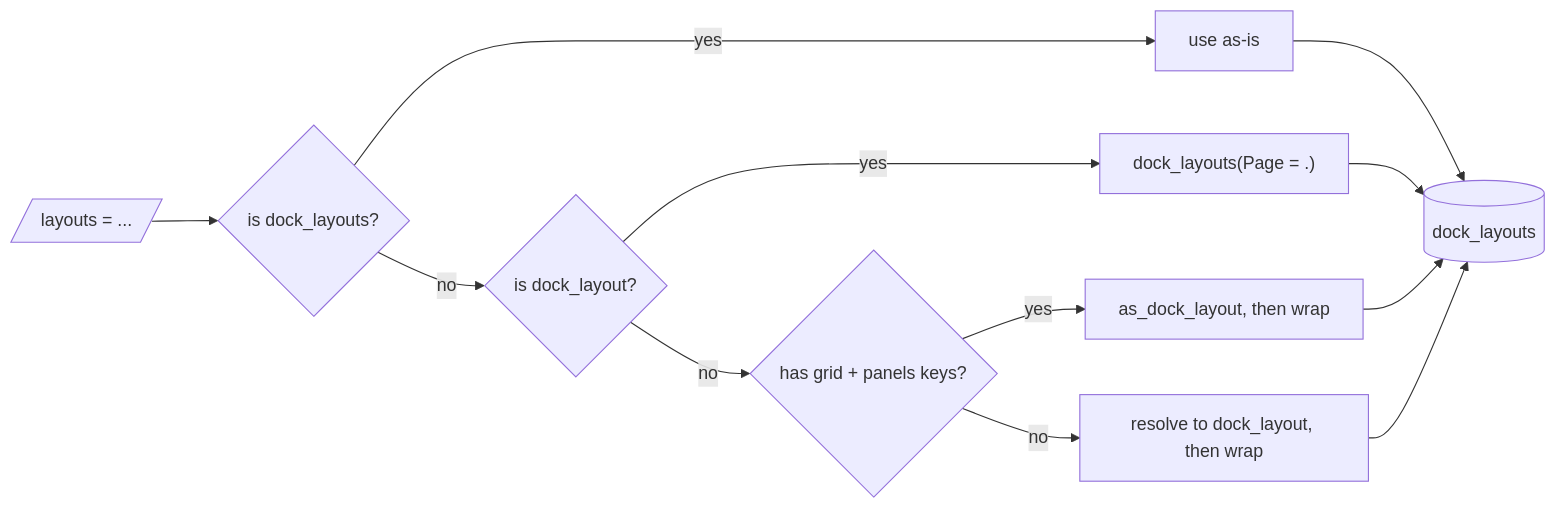
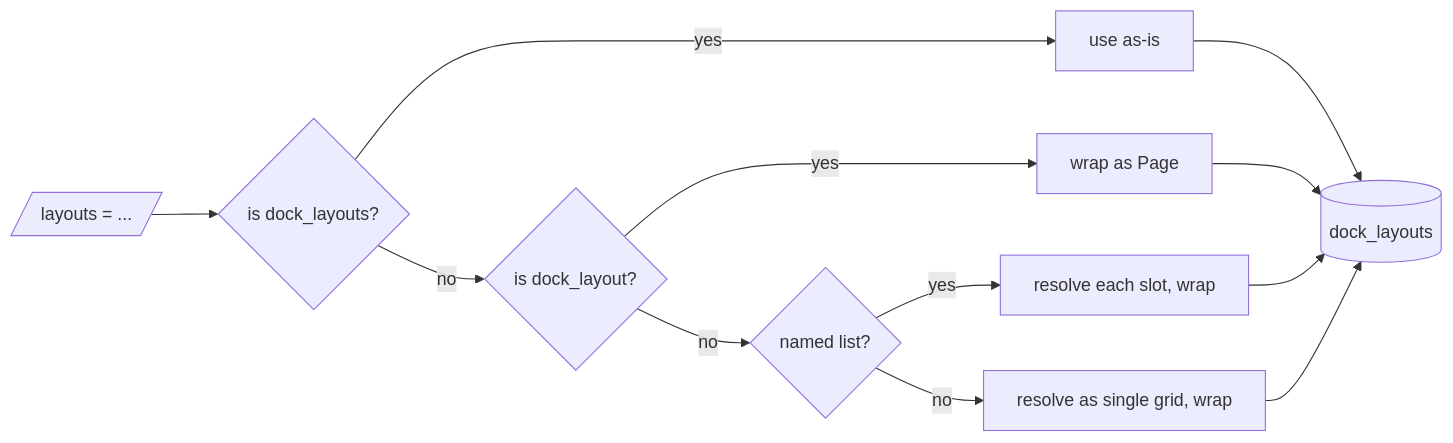
Before and after one commit to BristolMyersSquibb/blockr.dock: the diagram in vignettes/mermaid/coercion-flow.mmd, drawn with Mermaid. The commit also changed 16 other files, not shown here.

```diff
--- a/vignettes/mermaid/coercion-flow.mmd
+++ b/vignettes/mermaid/coercion-flow.mmd
@@ -1,12 +1,12 @@
 flowchart LR
   in[/"layouts = ..."/] --> q1{"is dock_layouts?"}
   q1 -- yes --> u1["use as-is"]
   q1 -- no --> q2{"is dock_layout?"}
-  q2 -- yes --> u2["dock_layouts(Page = .)"]
-  q2 -- no --> q3{"has grid + panels keys?"}
-  q3 -- yes --> u3["as_dock_layout, then wrap"]
-  q3 -- no --> u4["resolve to dock_layout, then wrap"]
+  q2 -- yes --> u2["wrap as Page"]
+  q2 -- no --> q3{"named list?"}
+  q3 -- yes --> u3["resolve each slot, wrap"]
+  q3 -- no --> u4["resolve as single grid, wrap"]
   u1 --> out[("dock_layouts")]
   u2 --> out
   u3 --> out
   u4 --> out
```
